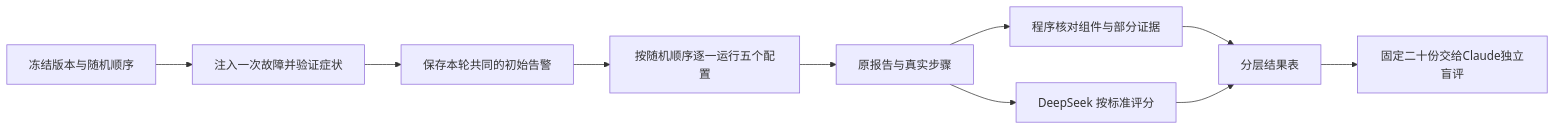
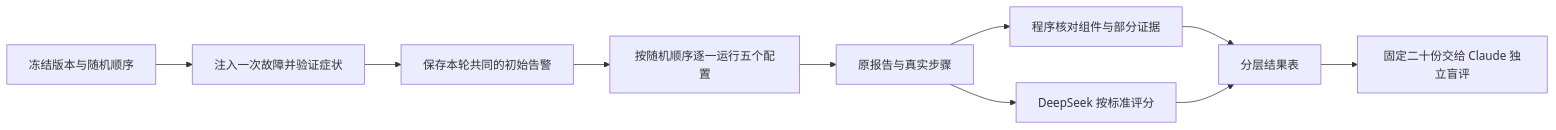
One commit to Li-Nepenthe/opsdoctor changed the first of 2 diagrams in docs/learn/phase-08-eval.md. Above: the diagram before and after it, drawn with Mermaid. The commit also changed other lines of this file, not shown here.

````diff
--- a/docs/learn/phase-08-eval.md
+++ b/docs/learn/phase-08-eval.md
@@ -18,12 +38,12 @@
 ```mermaid
 flowchart LR
     O[冻结版本与随机顺序] --> F[注入一次故障并验证症状]
     F --> A[保存本轮共同的初始告警]
     A --> T[按随机顺序逐一运行五个配置]
     T --> R[原报告与真实步骤]
     R --> P[程序核对组件与部分证据]
     R --> J[DeepSeek 按标准评分]
     P --> V[分层结果表]
     J --> V
-    V --> H[固定二十份交给Claude独立盲评]
+    V --> H[固定二十份交给 Claude 独立盲评]
 ```
````
